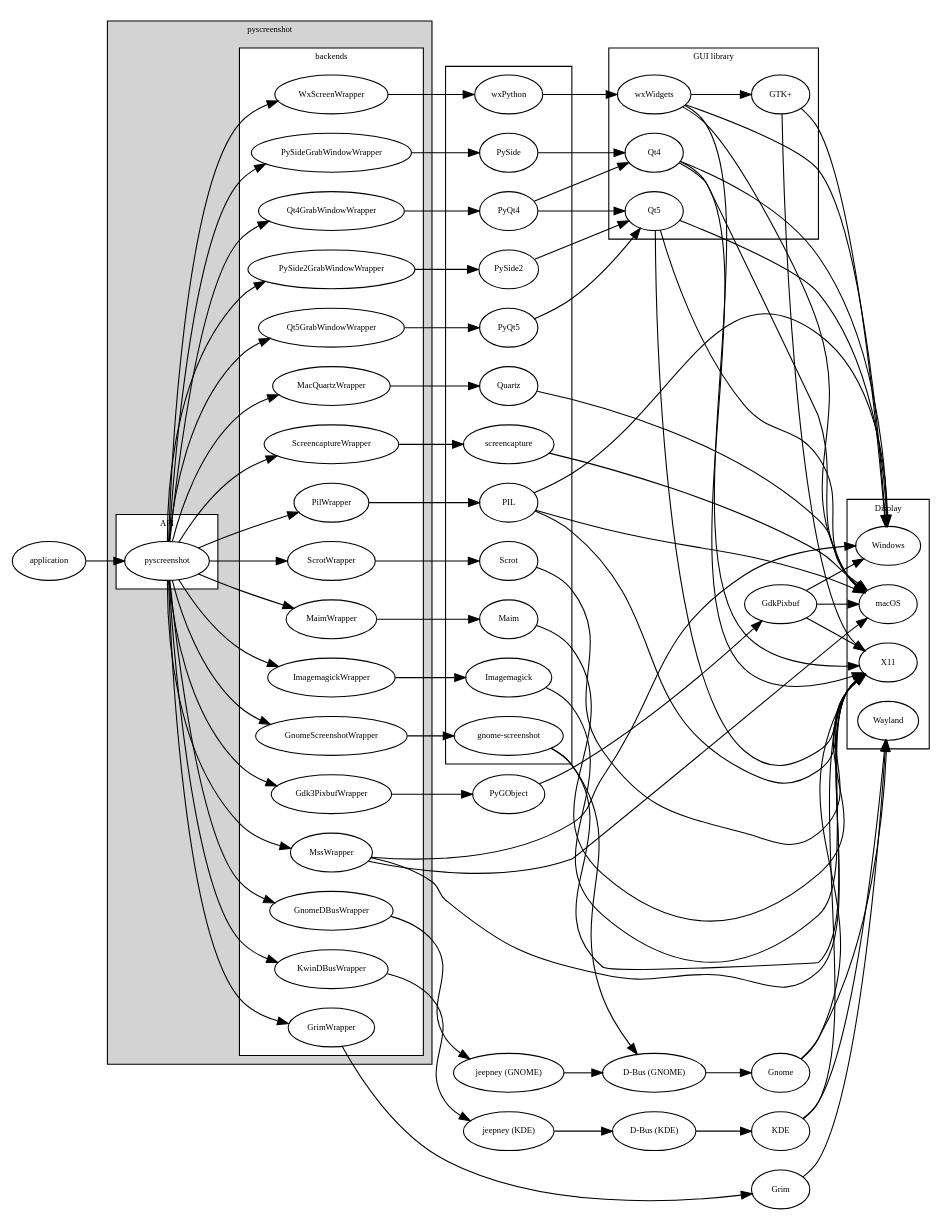
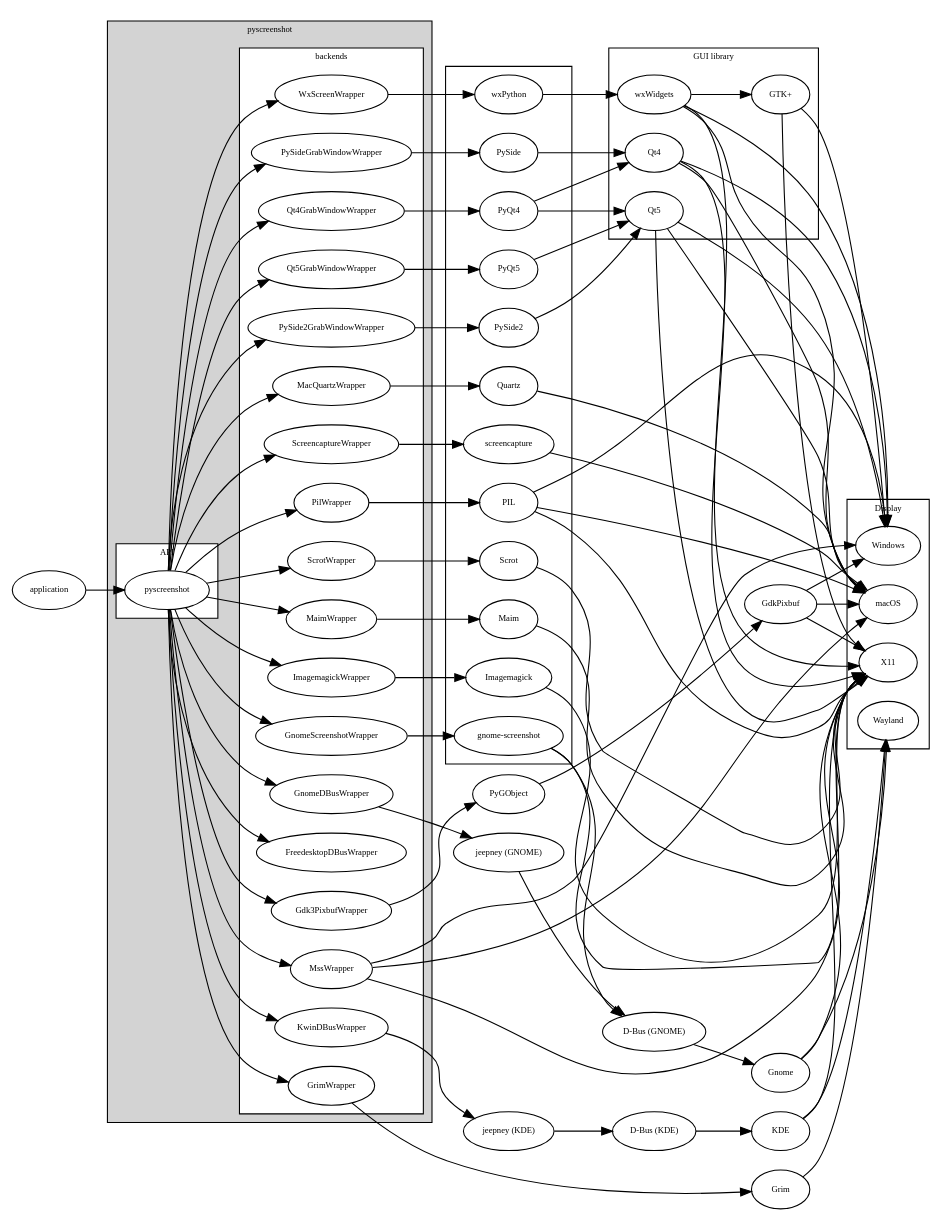
The diagram in doc/hierarchy.dot (ponty/pyscreenshot), drawn with Graphviz before and after one commit. The commit also changed 2 other files, not shown here.

Commit message:
Simple implementation of freedesktop portal

```diff
--- a/doc/hierarchy.dot
+++ b/doc/hierarchy.dot
@@ -1,133 +1,134 @@
 digraph G {
     rankdir=LR;
     node [fontsize=8];
     fontsize=8;
 
     subgraph cluster_0 {
         label = "pyscreenshot";
         style=filled;
         fillcolor=lightgrey;
         subgraph cluster_1 {
             label = "API";
             style=filled;
             fillcolor=white;
 
             pyscreenshot;
         }
         subgraph cluster_2 {
             style=filled;
             fillcolor=white;
             label = "backends";
 
             pyscreenshot -> Qt4GrabWindowWrapper;
             pyscreenshot -> Qt5GrabWindowWrapper;
             pyscreenshot -> PySideGrabWindowWrapper;
             pyscreenshot -> PySide2GrabWindowWrapper;
             pyscreenshot -> PilWrapper;
             pyscreenshot -> ImagemagickWrapper;
             pyscreenshot -> WxScreenWrapper;
             pyscreenshot -> ScrotWrapper;
             pyscreenshot -> MaimWrapper;
             pyscreenshot -> MacQuartzWrapper
             pyscreenshot -> ScreencaptureWrapper
             pyscreenshot -> Gdk3PixbufWrapper
             pyscreenshot -> GnomeScreenshotWrapper
+            pyscreenshot -> FreedesktopDBusWrapper
             pyscreenshot -> GnomeDBusWrapper
             pyscreenshot -> KwinDBusWrapper
             pyscreenshot -> MssWrapper
             pyscreenshot -> GrimWrapper;
         }
     }
     subgraph cluster_3 {
         PIL;
         wxPython;
         PyQt4;
         PyQt5;
         PySide;
         PySide2;
         screencapture;
         Quartz;
         Scrot;
         Maim;
         Imagemagick;
         "gnome-screenshot";
     }
     subgraph cluster_4 {
         label = "GUI library";
         Qt4;
         Qt5;
         wxWidgets;
         "GTK+";
     }
     subgraph cluster_5 {
         label = "Display";
         Windows;
         macOS;
         X11;
         Wayland;
     }
     Qt4GrabWindowWrapper -> PyQt4 -> Qt4;
     PyQt4 -> Qt5;
     Qt5GrabWindowWrapper -> PyQt5 -> Qt5;
     PySideGrabWindowWrapper -> PySide -> Qt4;
     PySide2GrabWindowWrapper -> PySide2 -> Qt5;
-    
+
     Qt4 -> macOS;
     Qt4 -> Windows;
     Qt4 -> X11;
     Qt5 -> macOS;
     Qt5 -> Windows;
     Qt5 -> X11;
 
     PilWrapper -> PIL -> Windows;
     PIL -> macOS;
     PIL -> X11;
     ImagemagickWrapper -> Imagemagick -> X11;
     ScrotWrapper -> Scrot -> X11;
     MaimWrapper -> Maim -> X11;
 
     Gnome -> Wayland;
     Gnome -> X11;
     KDE -> Wayland;
     KDE -> X11;
 
     "D-Bus (GNOME)" -> Gnome;
     "D-Bus (KDE)" -> KDE;
 
     "jeepney (GNOME)"-> "D-Bus (GNOME)";
     "jeepney (KDE)"-> "D-Bus (KDE)";
 
     GnomeScreenshotWrapper -> "gnome-screenshot";
     "gnome-screenshot" -> X11;
     "gnome-screenshot" -> "D-Bus (GNOME)";
 
     GnomeDBusWrapper -> "jeepney (GNOME)";
     KwinDBusWrapper -> "jeepney (KDE)";
 
     //"GTK+" -> macOS;
     "GTK+" -> Windows;
     "GTK+" -> X11;
 
     Gdk3PixbufWrapper -> PyGObject -> GdkPixbuf;
     GdkPixbuf -> macOS;
     GdkPixbuf -> Windows;
     GdkPixbuf -> X11;
 
     WxScreenWrapper -> wxPython -> wxWidgets;
     wxWidgets -> "GTK+";
     wxWidgets -> macOS;
     wxWidgets -> Windows;
     wxWidgets -> X11;
 
     MacQuartzWrapper -> Quartz -> macOS;
     ScreencaptureWrapper -> screencapture -> macOS;
 
     MssWrapper -> X11;
     MssWrapper -> macOS;
     MssWrapper -> Windows;
 
     GrimWrapper -> Grim -> Wayland
 
     application -> pyscreenshot;
 
 }
```
